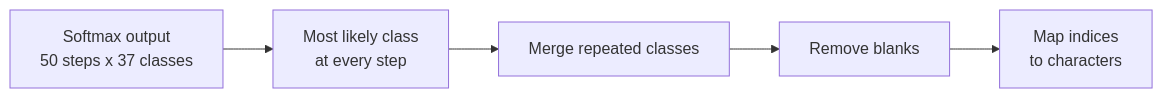
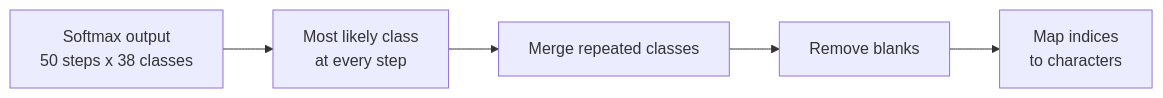
One commit to RBorczuch/PlatesOCR changed the fourth of 7 diagrams in README.md. Above: the diagram before and after it, drawn with Mermaid. The commit also changed other lines of this file and 2 other files, not shown here.

````diff
--- a/README.md
+++ b/README.md
@@ -147,5 +167,5 @@
 ```mermaid
 flowchart LR
-    A["Softmax output<br/>50 steps x 37 classes"] --> B["Most likely class<br/>at every step"]
+    A["Softmax output<br/>50 steps x 38 classes"] --> B["Most likely class<br/>at every step"]
     B --> C["Merge repeated classes"] --> D["Remove blanks"] --> E["Map indices<br/>to characters"]
 ```
````
